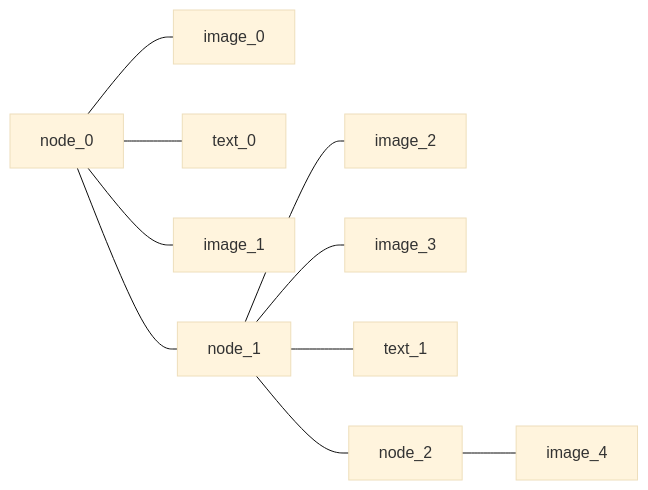
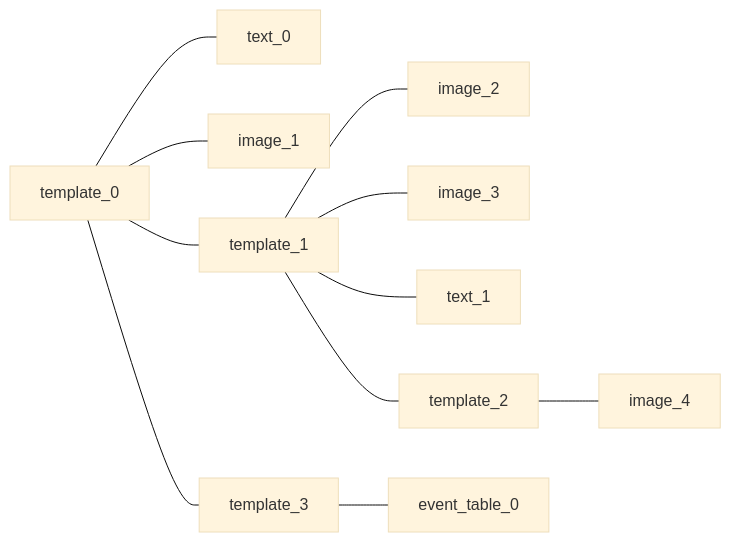
Before and after one commit to stewebb/eTWIG: the diagram in design/twig.md, drawn with Mermaid (base theme). The commit also changed other lines of this file, not shown here.

````diff
--- a/design/twig.md
+++ b/design/twig.md
@@ -50,15 +40,16 @@
 ```mermaid
 flowchart LR
 
-    node_0
-    node_0 --- image_0
-    node_0 --- text_0
-    node_0 --- image_1
-    node_0 --- node_1
-    node_1 --- image_2
-    node_1 --- image_3
-    node_1 --- text_1
-    node_1 --- node_2
-    node_2 --- image_4
+    template_0
+    template_0 --- text_0
+    template_0 --- image_1
+    template_0 --- template_1
+    template_1 --- image_2
+    template_1 --- image_3
+    template_1 --- text_1
+    template_1 --- template_2
+    template_2 --- image_4
+    template_0 --- template_3
+    template_3 --- event_table_0
 
 ```
````
